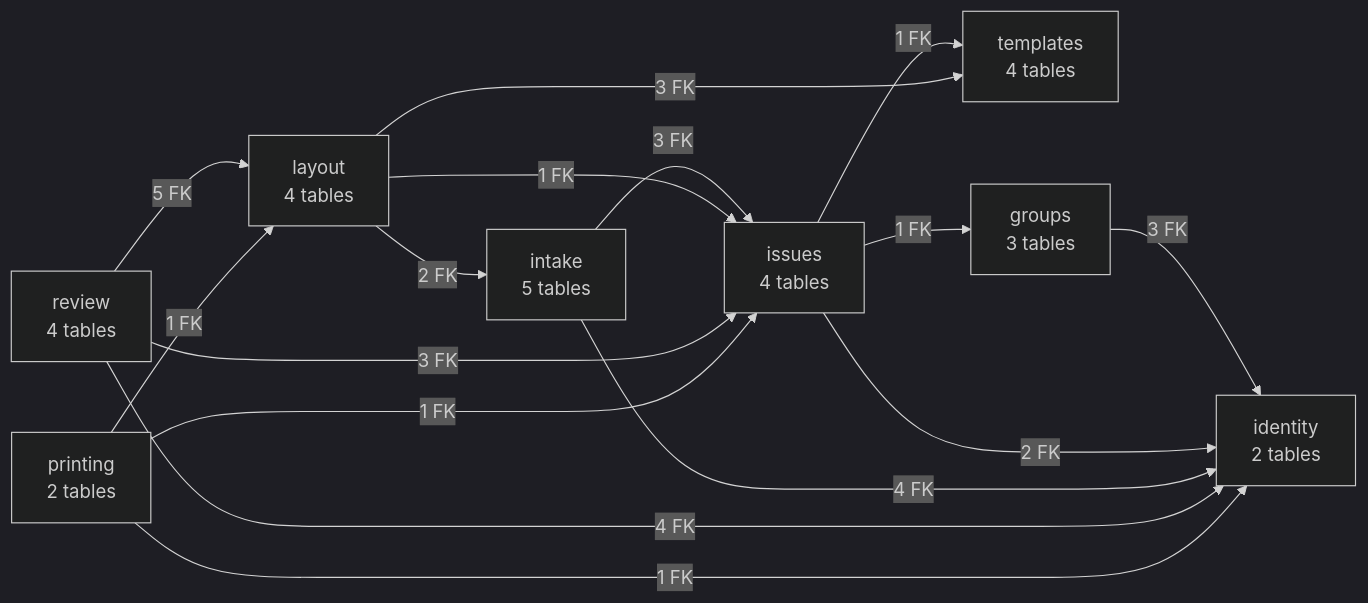
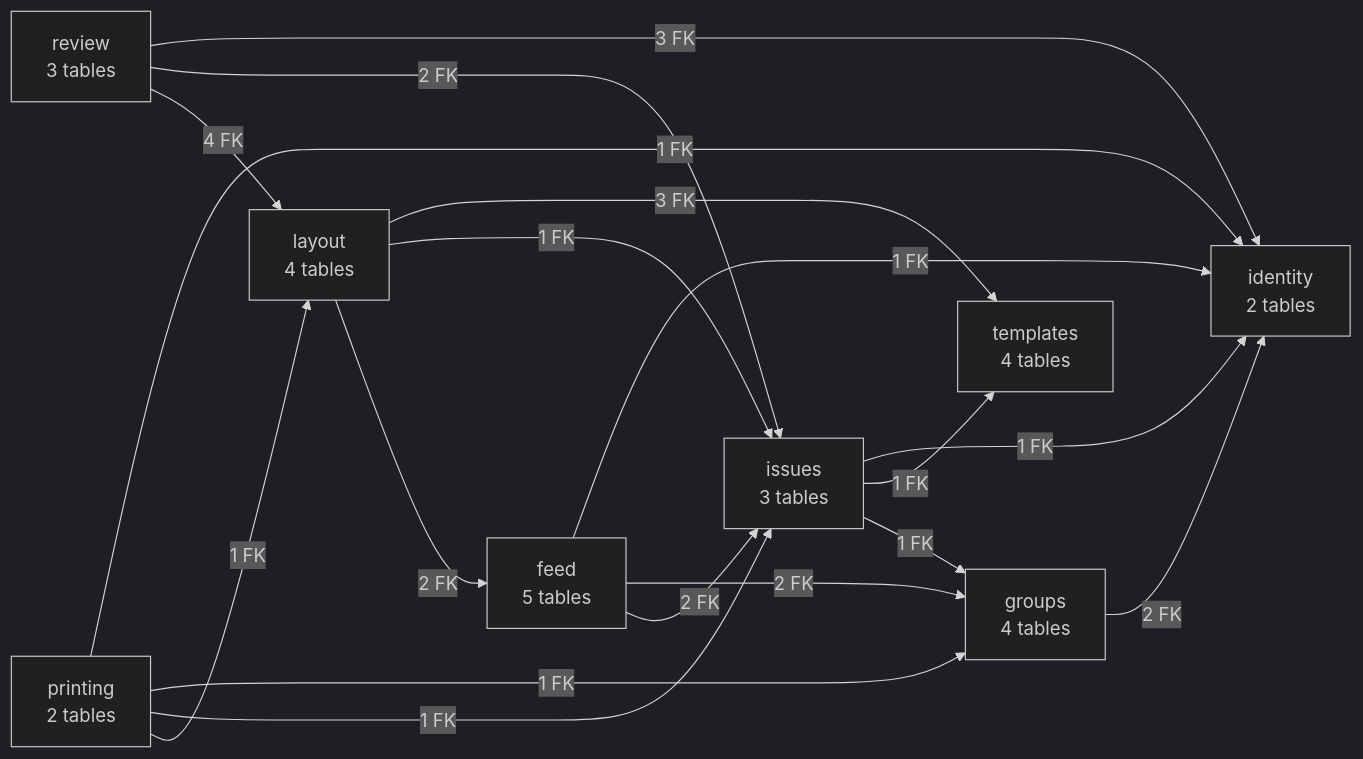
The first of 10 diagrams in docs/erd.md (js1211-code/bogomagazine), drawn with Mermaid (dark theme) before and after one commit. The commit also changed other lines of this file and 35 other files, not shown here.

````diff
--- a/docs/erd.md
+++ b/docs/erd.md
@@ -13,26 +13,28 @@
 ```mermaid
 flowchart LR
     identity["identity<br/>2 tables"]
     templates["templates<br/>4 tables"]
-    groups["groups<br/>3 tables"]
-    issues["issues<br/>4 tables"]
-    intake["intake<br/>5 tables"]
+    groups["groups<br/>4 tables"]
+    issues["issues<br/>3 tables"]
+    feed["feed<br/>5 tables"]
     layout["layout<br/>4 tables"]
-    review["review<br/>4 tables"]
+    review["review<br/>3 tables"]
     printing["printing<br/>2 tables"]
-    groups -->|"3 FK"| identity
-    issues -->|"2 FK"| identity
+    groups -->|"2 FK"| identity
+    issues -->|"1 FK"| identity
     issues -->|"1 FK"| templates
     issues -->|"1 FK"| groups
-    intake -->|"4 FK"| identity
-    intake -->|"3 FK"| issues
+    feed -->|"1 FK"| identity
+    feed -->|"2 FK"| groups
+    feed -->|"2 FK"| issues
     layout -->|"3 FK"| templates
     layout -->|"1 FK"| issues
-    layout -->|"2 FK"| intake
-    review -->|"4 FK"| identity
-    review -->|"3 FK"| issues
-    review -->|"5 FK"| layout
+    layout -->|"2 FK"| feed
+    review -->|"3 FK"| identity
+    review -->|"2 FK"| issues
+    review -->|"4 FK"| layout
     printing -->|"1 FK"| identity
+    printing -->|"1 FK"| groups
     printing -->|"1 FK"| issues
     printing -->|"1 FK"| layout
 ```
````
